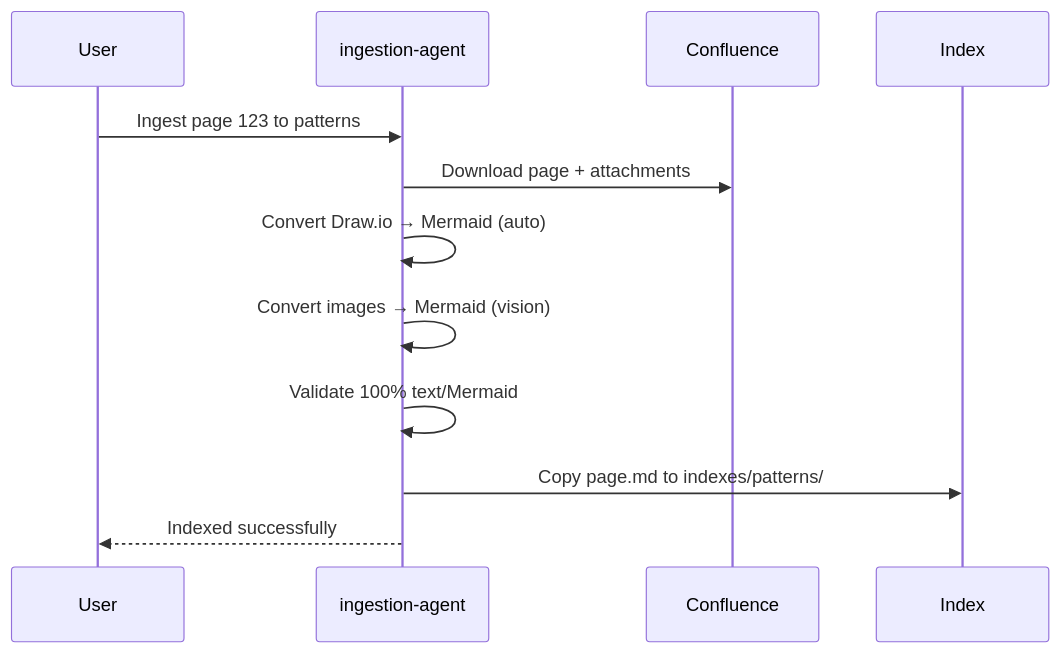
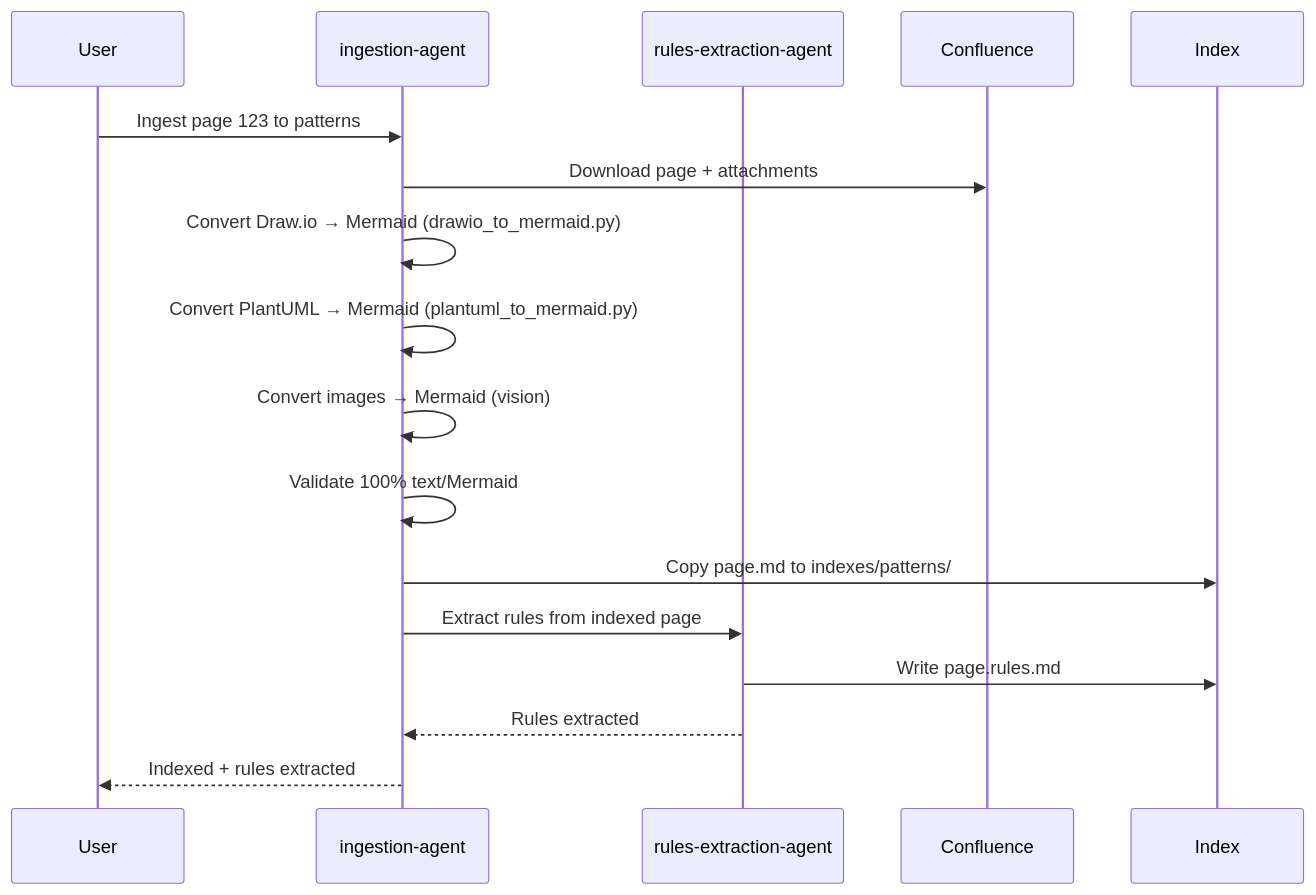
Before and after one commit to byrash/architecture-governance: the second of 4 diagrams in README.md, drawn with Mermaid. The commit also changed other lines of this file and 21 other files, not shown here.

````diff
--- a/README.md
+++ b/README.md
@@ -122,15 +236,20 @@
 ```mermaid
 sequenceDiagram
     participant User
     participant IA as ingestion-agent
+    participant REA as rules-extraction-agent
     participant Confluence
     participant Index
 
     User->>IA: Ingest page 123 to patterns
     IA->>Confluence: Download page + attachments
-    IA->>IA: Convert Draw.io → Mermaid (auto)
+    IA->>IA: Convert Draw.io → Mermaid (drawio_to_mermaid.py)
+    IA->>IA: Convert PlantUML → Mermaid (plantuml_to_mermaid.py)
     IA->>IA: Convert images → Mermaid (vision)
     IA->>IA: Validate 100% text/Mermaid
     IA->>Index: Copy page.md to indexes/patterns/
-    IA-->>User: Indexed successfully
+    IA->>REA: Extract rules from indexed page
+    REA->>Index: Write page.rules.md
+    REA-->>IA: Rules extracted
+    IA-->>User: Indexed + rules extracted
 ```
````
